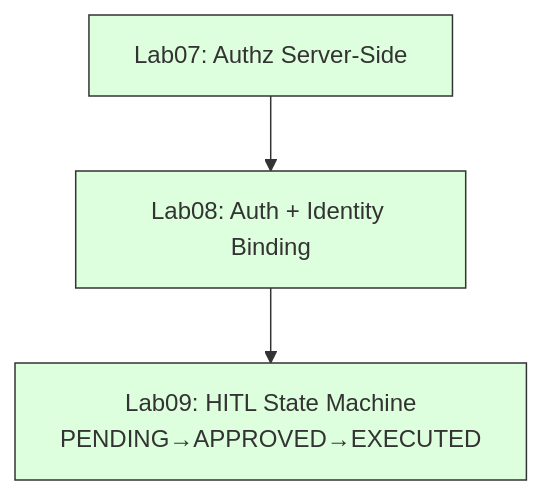
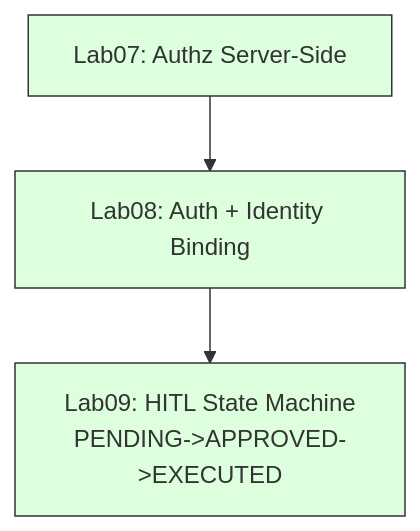
One commit to dbolatti/cyber-mcp-lab changed the third of 4 diagrams in docs/architecture.md. Above: the diagram before and after it, drawn with Mermaid. The commit also changed other lines of this file, not shown here.

Commit message:
Fix Mermaid architecture diagrams for GitHub

````diff
--- a/docs/architecture.md
+++ b/docs/architecture.md
@@ -92,8 +92,8 @@
 ```mermaid
 flowchart TD
-    A[Lab07: Authz Server‑Side] --> B[Lab08: Auth + Identity Binding]
-    B --> C[Lab09: HITL State Machine<br/>PENDING→APPROVED→EXECUTED]
+    A["Lab07: Authz Server-Side"] --> B["Lab08: Auth + Identity Binding"]
+    B --> C["Lab09: HITL State Machine<br/>PENDING->APPROVED->EXECUTED"]
     style A fill:#dfd,stroke:#333,stroke-width:1px
     style B fill:#dfd,stroke:#333,stroke-width:1px
     style C fill:#dfd,stroke:#333,stroke-width:1px
 ```
````
